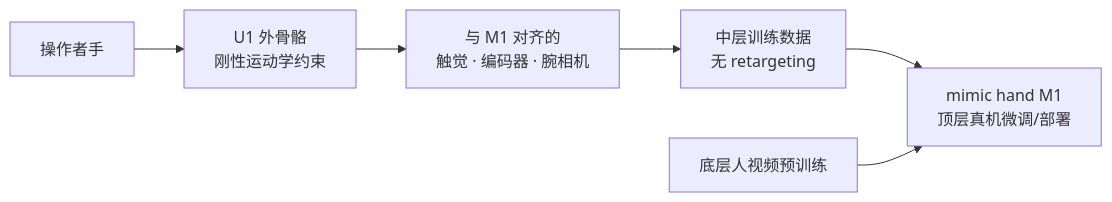
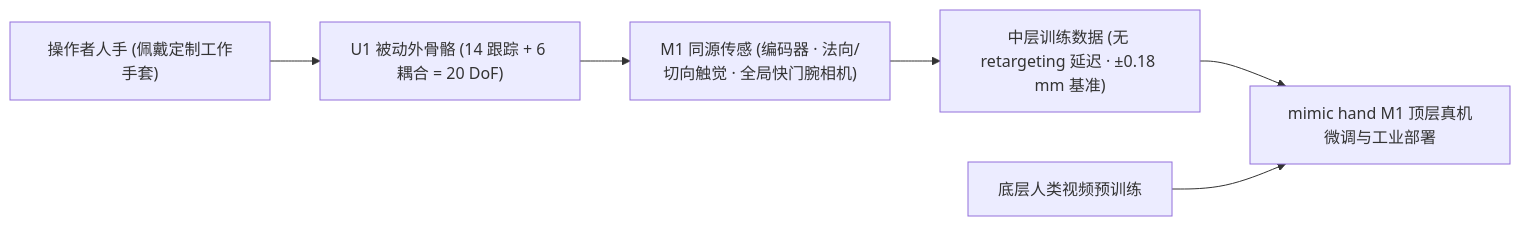
The diagram in wiki/entities/mimic-wearable-u1.md (ImChong/Robotics_Notebooks), drawn with Mermaid before and after one commit. The commit also changed other lines of this file and 51 other files, not shown here.

````diff
--- a/wiki/entities/mimic-wearable-u1.md
+++ b/wiki/entities/mimic-wearable-u1.md
@@ -72,8 +62,8 @@
 ```mermaid
 flowchart LR
-  H[操作者手] --> U1[U1 外骨骼<br/>刚性运动学约束]
-  U1 --> S[与 M1 对齐的<br/>触觉 · 编码器 · 腕相机]
-  S --> D[中层训练数据<br/>无 retargeting]
-  D --> M1[mimic hand M1<br/>顶层真机微调/部署]
-  V[底层人视频预训练] --> M1
+  H["操作者人手 (佩戴定制工作手套)"] --> U1["U1 被动外骨骼 (14 跟踪 + 6 耦合 = 20 DoF)"]
+  U1 --> S["M1 同源传感 (编码器 · 法向/切向触觉 · 全局快门腕相机)"]
+  S --> D["中层训练数据 (无 retargeting 延迟 · ±0.18 mm 基准)"]
+  D --> M1["mimic hand M1 顶层真机微调与工业部署"]
+  V["底层人类视频预训练"] --> M1
 ```
````
